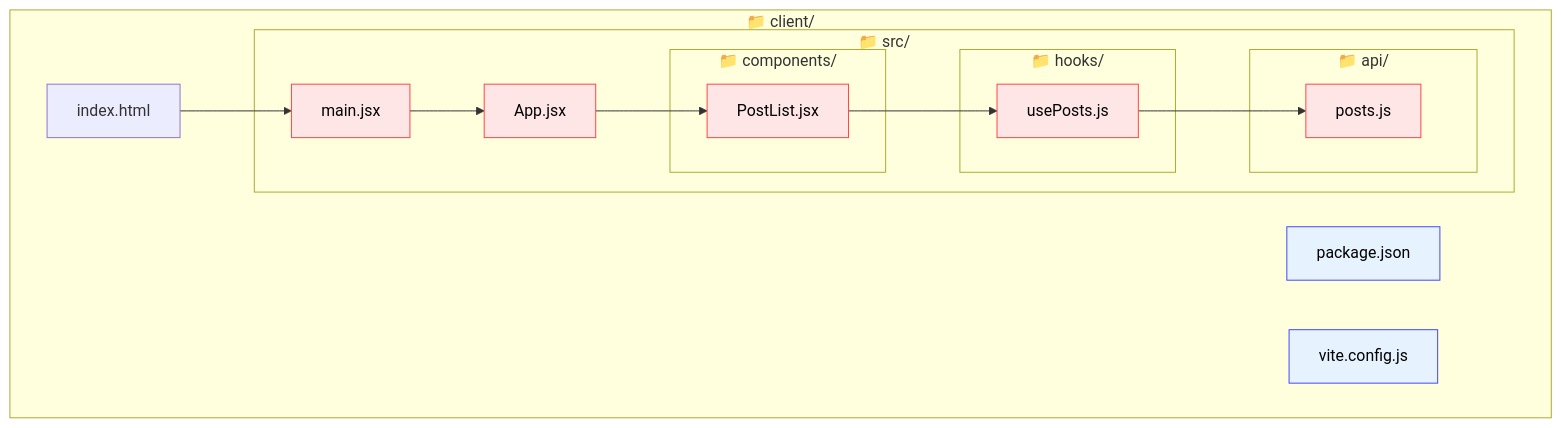
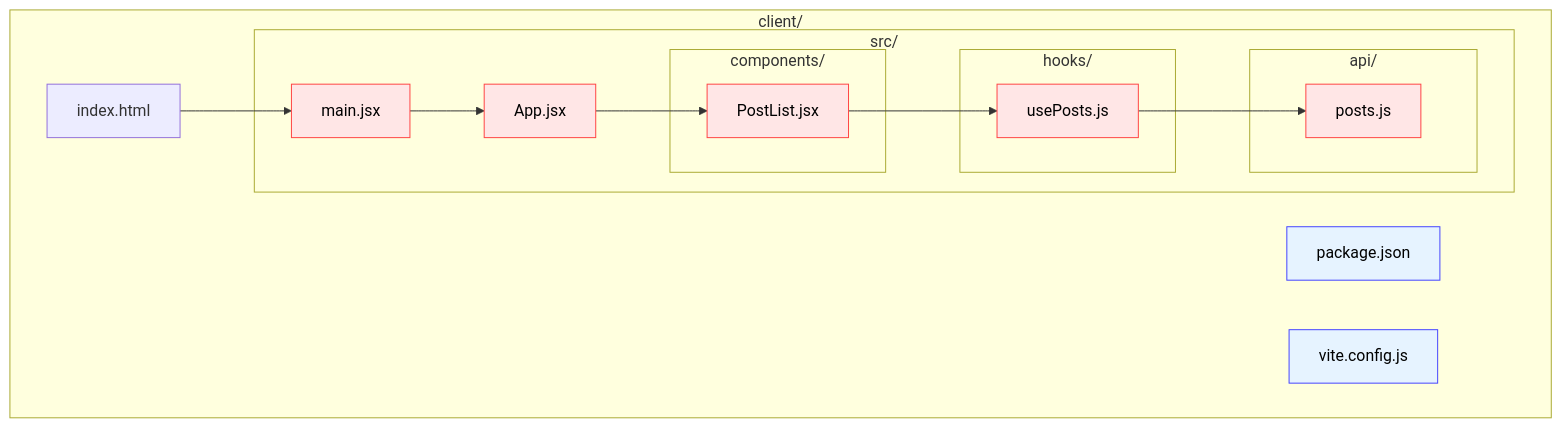
Before and after one commit to KITA-DS12/web-app-simple: the sixth of 29 diagrams in lecture-materials.md, drawn with Mermaid. The commit also changed other lines of this file, not shown here.

````diff
--- a/lecture-materials.md
+++ b/lecture-materials.md
@@ -380,33 +380,33 @@
 ```mermaid
 graph TD
-    subgraph "📁 client/"
+    subgraph "client/"
         HTML[index.html]
-        subgraph "📁 src/"
+        subgraph "src/"
             MAIN[main.jsx]
             APP[App.jsx]
-            subgraph "📁 components/"
+            subgraph "components/"
                 POSTLIST[PostList.jsx]
             end
-            subgraph "📁 hooks/"
+            subgraph "hooks/"
                 USEPOSTS[usePosts.js]
             end
-            subgraph "📁 api/"
+            subgraph "api/"
                 POSTS[posts.js]
             end
         end
         PKG[package.json]
         VITE[vite.config.js]
     end
 
     HTML --> MAIN
     MAIN --> APP
     APP --> POSTLIST
     POSTLIST --> USEPOSTS
     USEPOSTS --> POSTS
 
     classDef important fill:#FFE6E6,stroke:#FF4444,color:#000
     classDef config fill:#E6F3FF,stroke:#4444FF,color:#000
-    
+
     class MAIN,APP,POSTLIST,USEPOSTS,POSTS important
     class PKG,VITE config
 ```
````
